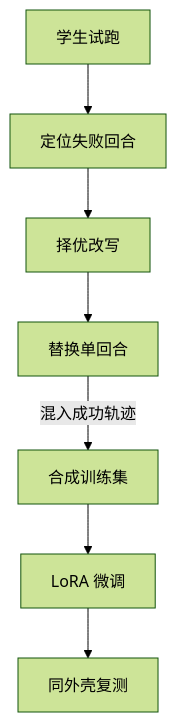
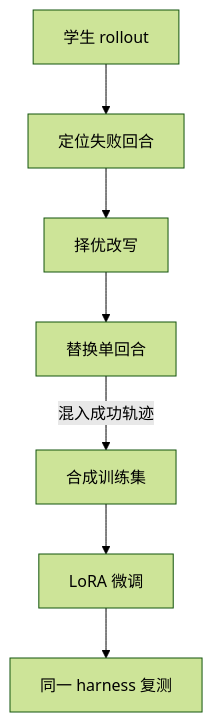
Before and after one commit to rcyw/desk: the third of 3 diagrams in content/papers/harness-model-coevolution.md, drawn with Mermaid (forest theme). The commit also changed other lines of this file, not shown here.

Commit message:
Use original harness terminology in paper note

````diff
--- a/content/papers/harness-model-coevolution.md
+++ b/content/papers/harness-model-coevolution.md
@@ -82,11 +82,11 @@
 ```mermaid
 flowchart TD
-  accTitle: 从学生试跑到微调后的复测
-  accDescr: 失败轨迹定位并改写一回合，与选中的学生成功轨迹混合形成训练集。学生经微调后回到同一个外壳复测。
-  R[学生试跑] --> L[定位失败回合]
+  accTitle: 从学生 rollout 到微调后的复测
+  accDescr: 失败轨迹定位并改写一回合，与选中的学生成功轨迹混合形成训练集。学生经微调后使用同一个 harness 复测。
+  R[学生 rollout] --> L[定位失败回合]
   L --> C[择优改写]
   C --> E[替换单回合]
   E -->|混入成功轨迹| D[合成训练集]
   D --> F[LoRA 微调]
-  F --> V[同外壳复测]
+  F --> V[同一 harness 复测]
 ```
````
